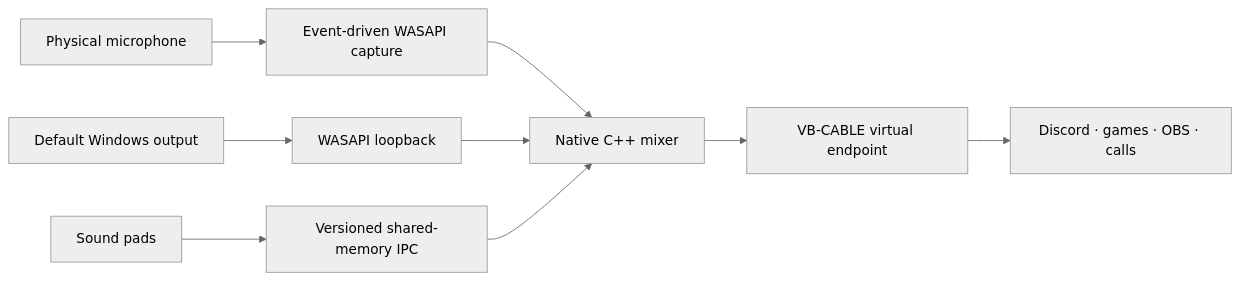
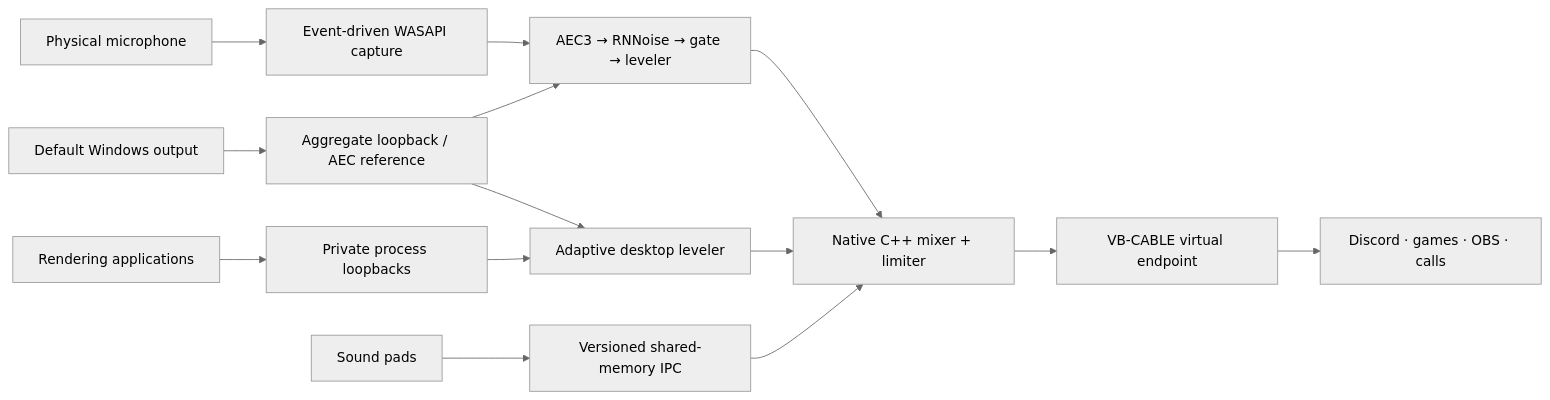
The diagram in README.md (3godzinyL/MicDeck), drawn with Mermaid (neutral theme) before and after one commit. The commit also changed other lines of this file and 8 other files, not shown here.

````diff
--- a/README.md
+++ b/README.md
@@ -126,11 +129,16 @@
 ```mermaid
 flowchart LR
   mic["Physical microphone"] --> capture["Event-driven WASAPI capture"]
-  desktop["Default Windows output"] --> loopback["WASAPI loopback"]
+  desktop["Default Windows output"] --> loopback["Aggregate loopback / AEC reference"]
+  apps["Rendering applications"] --> process["Private process loopbacks"]
   pads["Sound pads"] --> ipc["Versioned shared-memory IPC"]
-  capture --> mixer["Native C++ mixer"]
-  loopback --> mixer
+  loopback --> dsp["AEC3 → RNNoise → gate → leveler"]
+  capture --> dsp
+  dsp --> mixer["Native C++ mixer + limiter"]
+  loopback --> desktopbus["Adaptive desktop leveler"]
+  process --> desktopbus
+  desktopbus --> mixer
   ipc --> mixer
   mixer --> cable["VB-CABLE virtual endpoint"]
   cable --> chat["Discord · games · OBS · calls"]
 ```
````
